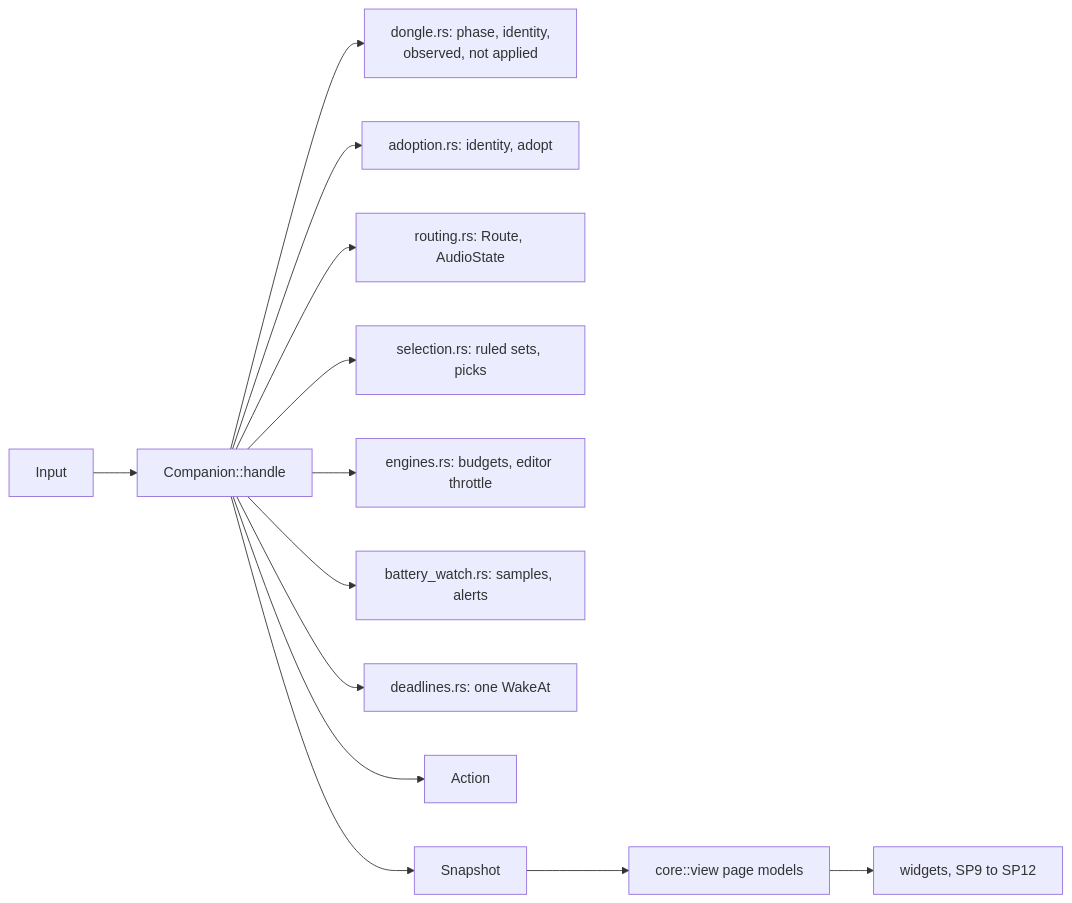
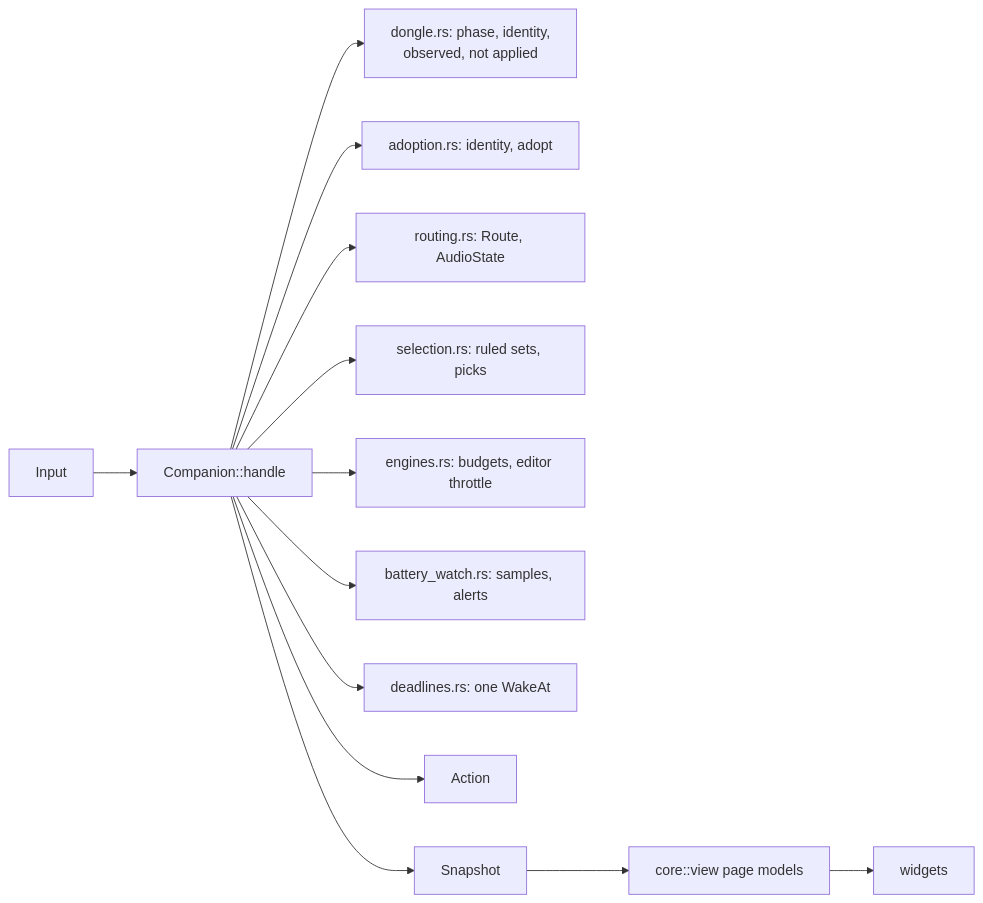
Before and after one commit to marcelogm/arctis-companion: the first of 6 diagrams in docs/architecture/companion.md, drawn with Mermaid. The commit also changed other lines of this file and 48 other files, not shown here.

````diff
--- a/docs/architecture/companion.md
+++ b/docs/architecture/companion.md
@@ -11,15 +11,15 @@
 ```mermaid
 flowchart LR
     I["Input"] --> H["Companion::handle"]
     H --> Dv["dongle.rs: phase, identity,<br/>observed, not applied"]
     H --> Ad["adoption.rs: identity, adopt"]
     H --> Ro["routing.rs: Route, AudioState"]
     H --> Se["selection.rs: ruled sets, picks"]
     H --> En["engines.rs: budgets, editor throttle"]
     H --> Bw["battery_watch.rs: samples, alerts"]
     H --> Dl["deadlines.rs: one WakeAt"]
     H --> A["Action"]
     H --> S["Snapshot"]
     S --> V["core::view page models"]
-    V --> W["widgets, SP9 to SP12"]
+    V --> W["widgets"]
 ```
````
